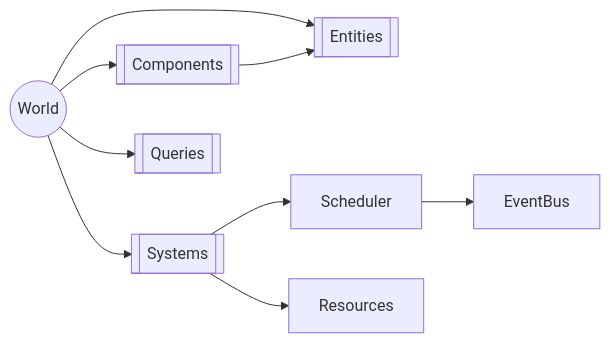
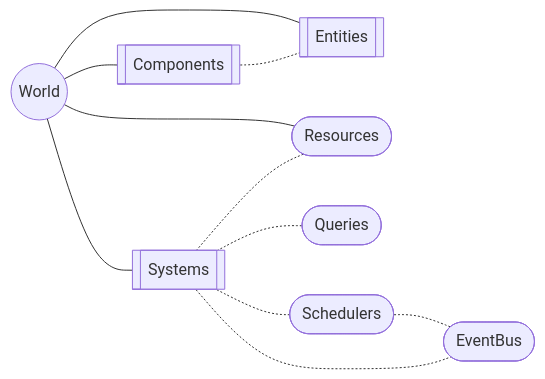
The diagram in README.md (republique-et-canton-de-geneve/bim-ecs), drawn with Mermaid before and after one commit. The commit also changed other lines of this file, not shown here.

Commit message:
Readme update

````diff
--- a/README.md
+++ b/README.md
@@ -25,12 +29,14 @@
 ```mermaid
 flowchart LR
 
-    World(("World"))-->Entities
-    World-->Components[["Components"]]
-    World-->Systems[["Systems"]]
-    World-->Queries[["Queries"]]
-    Components-->Entities[["Entities"]]
-    Scheduler-->EventBus
-    Systems-->Scheduler
-    Systems-->Resources
+    World(("World"))---Entities
+    World---Components[["Components"]]
+    Components-.-Entities[["Entities"]]
+    World---Systems[["Systems"]]
+    World----Resources(["Resources"])
+    Systems-.-Resources
+    Systems-.-Queries(["Queries"])
+    Systems-.-Schedulers(["Schedulers"])
+    Schedulers -.- EventBus(["EventBus"])
+    Systems -.- EventBus(["EventBus"])
 ```
````
